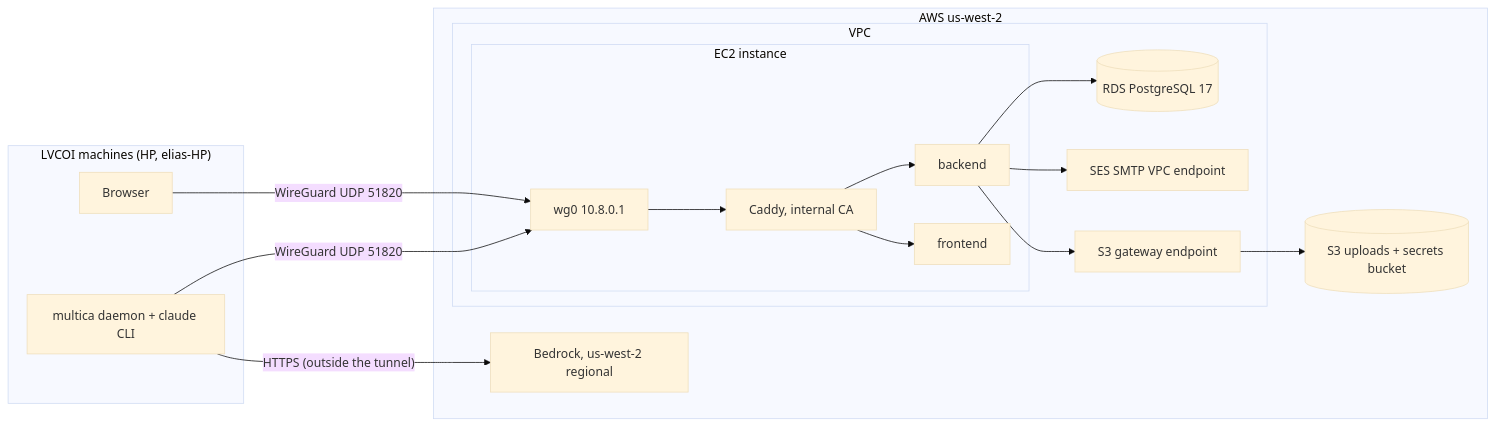
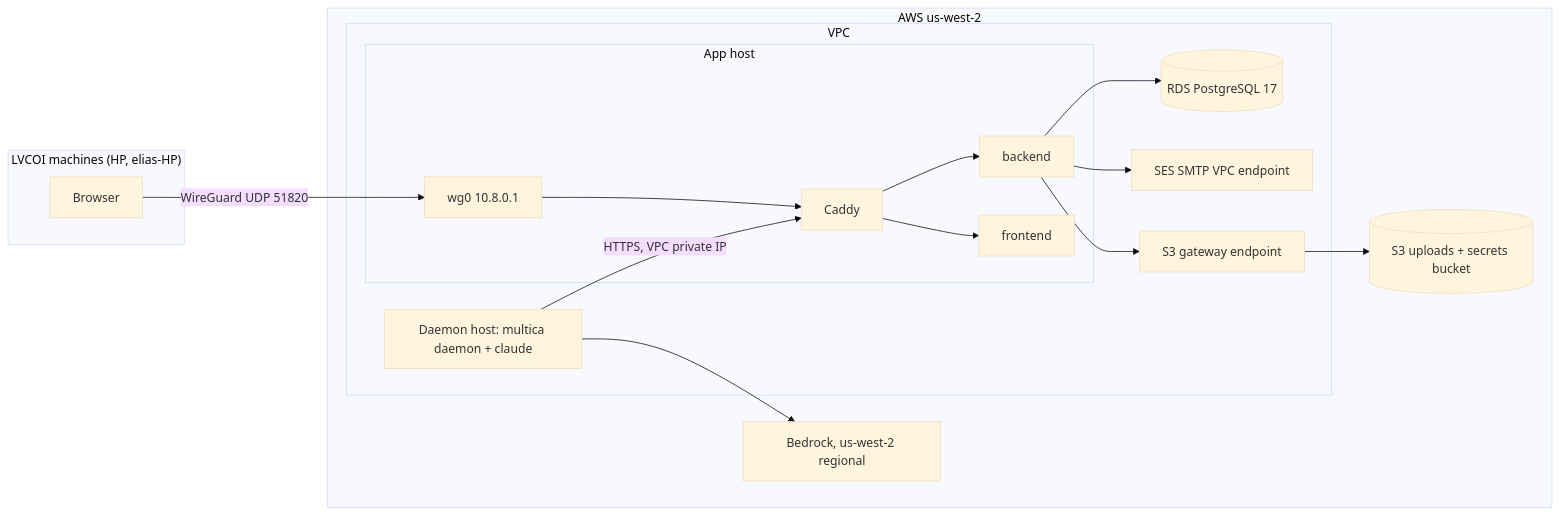
The diagram in docs/multicle/adr-001-us-hosting.md (lvcoi/multica), drawn with Mermaid (base theme) before and after one commit. The commit also changed other lines of this file, not shown here.

````diff
--- a/docs/multicle/adr-001-us-hosting.md
+++ b/docs/multicle/adr-001-us-hosting.md
@@ -106,31 +106,31 @@
 ```mermaid
 flowchart LR
   subgraph LVCOI["LVCOI machines (HP, elias-HP)"]
     B[Browser]
-    D[multica daemon + claude CLI]
   end
   subgraph AWS["AWS us-west-2"]
     subgraph VPC
-      subgraph EC2["EC2 instance"]
+      subgraph EC2["App host"]
         WG[wg0 10.8.0.1]
-        C[Caddy, internal CA]
+        C[Caddy]
         BE[backend]
         FE[frontend]
       end
+      DH["Daemon host: multica daemon + claude"]
       RDS[("RDS PostgreSQL 17")]
       SESVPCE[SES SMTP VPC endpoint]
       S3GW[S3 gateway endpoint]
     end
     S3[("S3 uploads + secrets bucket")]
     BR[Bedrock, us-west-2 regional]
   end
   B -- "WireGuard UDP 51820" --> WG
-  D -- "WireGuard UDP 51820" --> WG
   WG --> C
+  DH -- "HTTPS, VPC private IP" --> C
   C --> FE
   C --> BE
   BE --> RDS
   BE --> SESVPCE
   BE --> S3GW --> S3
-  D -- "HTTPS (outside the tunnel)" --> BR
+  DH --> BR
 ```
````
